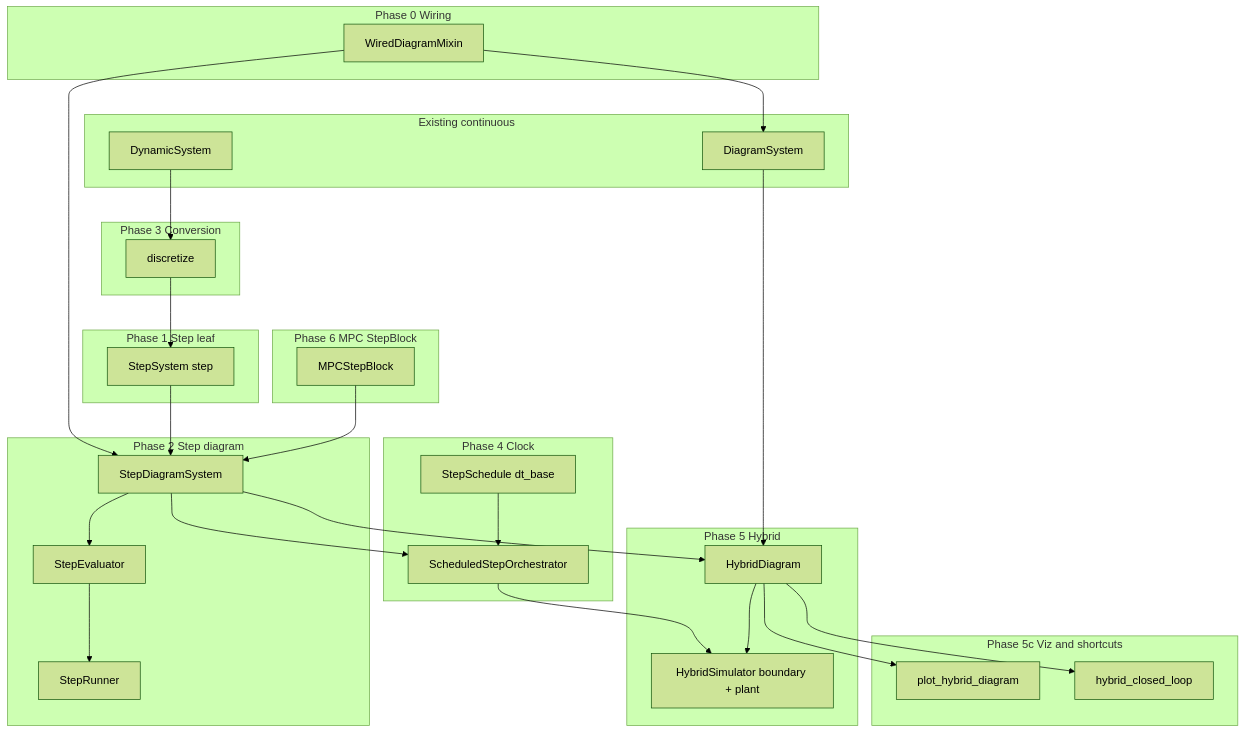
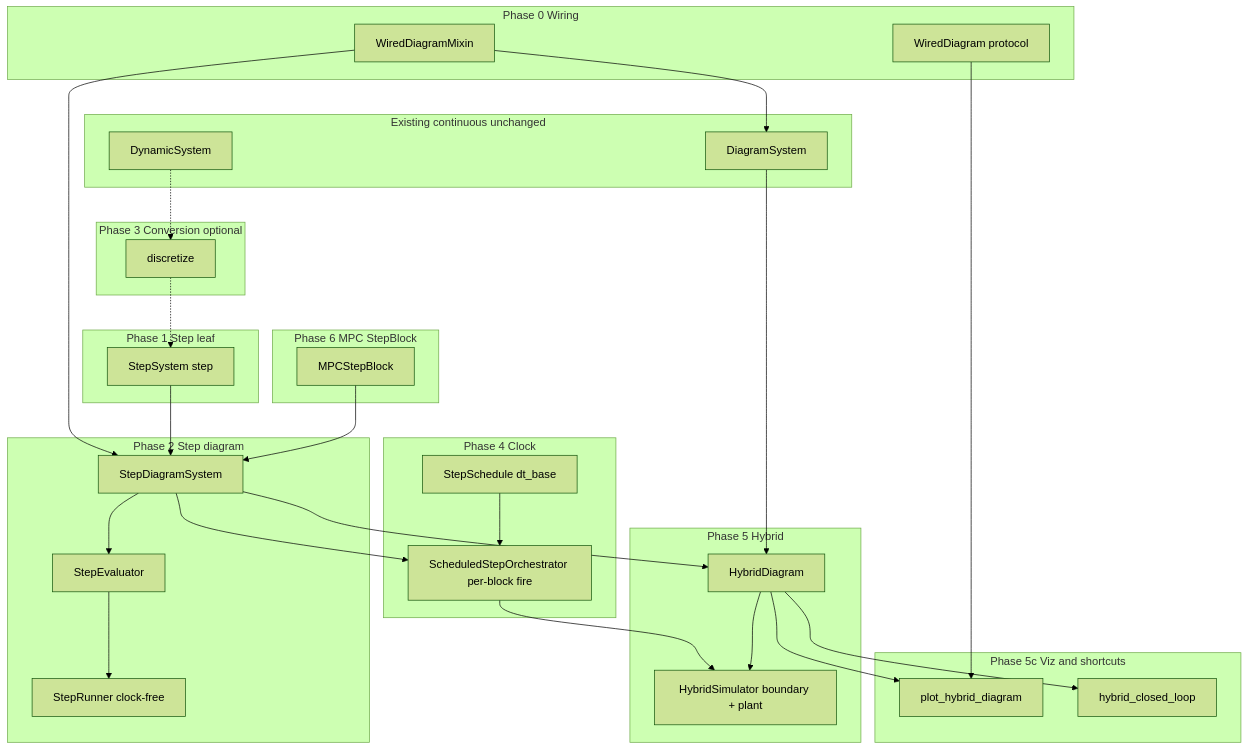
One commit to alx87grd/minilink changed the diagram in docs/plans/hybrid-discrete/00-master-plan.md. Above: the diagram before and after it, drawn with Mermaid (forest theme). The commit also changed other lines of this file and 7 other files, not shown here.

````diff
--- a/docs/plans/hybrid-discrete/00-master-plan.md
+++ b/docs/plans/hybrid-discrete/00-master-plan.md
@@ -28,59 +125,61 @@
 ```mermaid
 flowchart TB
     subgraph P0 [Phase 0 Wiring]
         WIR[WiredDiagramMixin]
+        PROTO[WiredDiagram protocol]
     end
 
     subgraph P1 [Phase 1 Step leaf]
         SS[StepSystem step]
     end
 
     subgraph P2 [Phase 2 Step diagram]
         SDS[StepDiagramSystem]
         SE[StepEvaluator]
-        SR[StepRunner]
+        SR[StepRunner clock-free]
     end
 
-    subgraph P3 [Phase 3 Conversion]
+    subgraph P3 [Phase 3 Conversion optional]
         DISC[discretize]
     end
 
     subgraph P4 [Phase 4 Clock]
         SCH[StepSchedule dt_base]
-        ORCH[ScheduledStepOrchestrator]
+        ORCH[ScheduledStepOrchestrator per-block fire]
     end
 
     subgraph P5 [Phase 5 Hybrid]
         HD[HybridDiagram]
         HS[HybridSimulator boundary + plant]
     end
 
     subgraph P5c [Phase 5c Viz and shortcuts]
         PLOT[plot_hybrid_diagram]
         HCL[hybrid_closed_loop]
     end
 
     subgraph P6 [Phase 6 MPC StepBlock]
         MPC[MPCStepBlock]
     end
 
-    subgraph Cont [Existing continuous]
+    subgraph Cont [Existing continuous unchanged]
         DS[DynamicSystem]
         DF[DiagramSystem]
     end
 
     WIR --> DF
     WIR --> SDS
+    PROTO --> PLOT
     SS --> SDS --> SE
     SE --> SR
-    DS --> DISC --> SS
+    DS -.-> DISC -.-> SS
     SDS --> ORCH
     SCH --> ORCH
     ORCH --> HS
     SDS --> HD
     DF --> HD
     HD --> HS
     HD --> PLOT
     HD --> HCL
     MPC --> SDS
 ```
````
